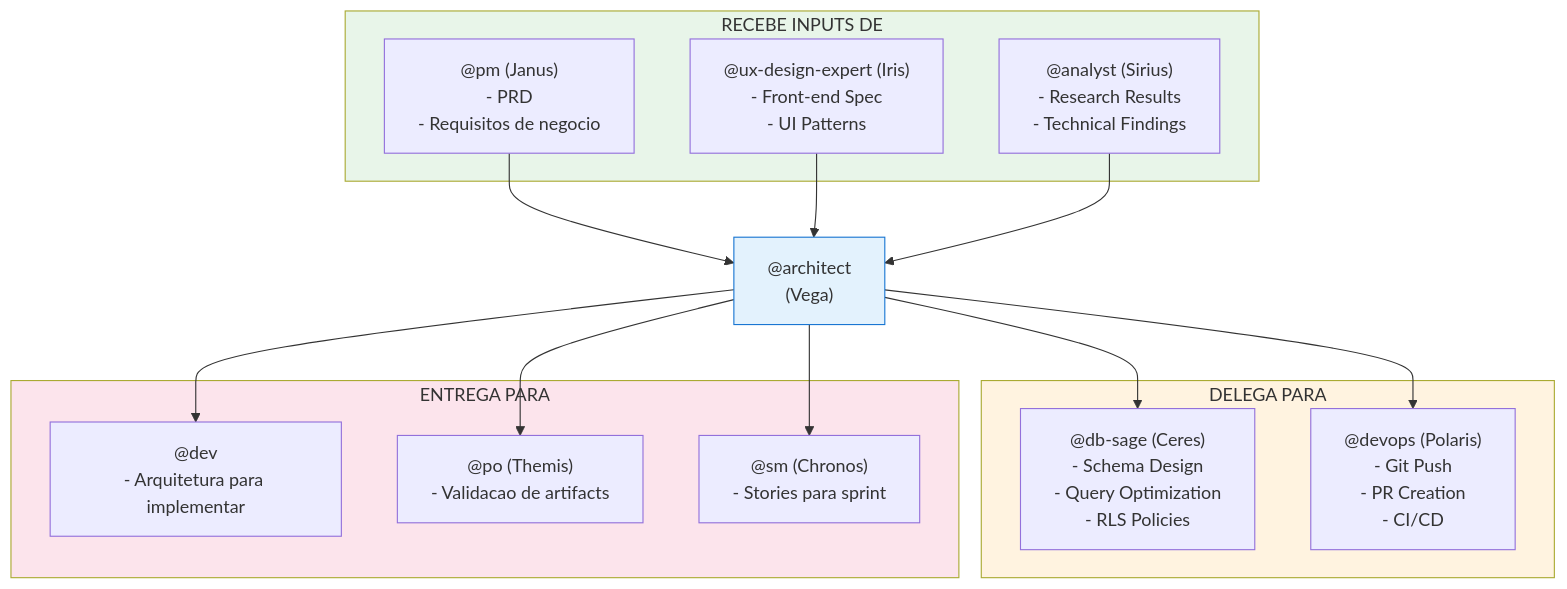
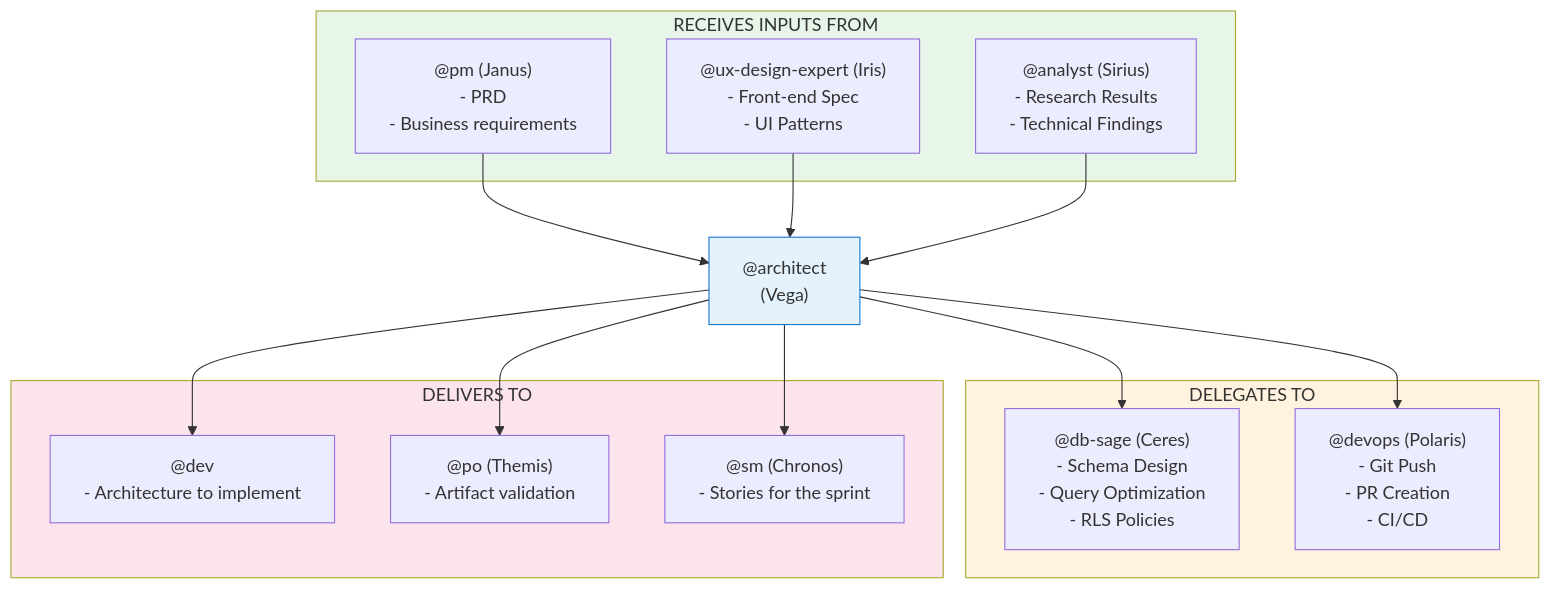
Before and after one commit to CyryxLabs/AEXOS: the sixth of 8 diagrams in docs/guides/agents/ARCHITECT-SYSTEM.md, drawn with Mermaid. The commit also changed other lines of this file and 528 other files, not shown here.

````diff
--- a/docs/guides/agents/ARCHITECT-SYSTEM.md
+++ b/docs/guides/agents/ARCHITECT-SYSTEM.md
@@ -336,37 +336,37 @@
 ```mermaid
 flowchart TB
-    subgraph RECEIVES_FROM["RECEBE INPUTS DE"]
-        PM["@pm (Janus)\n- PRD\n- Requisitos de negocio"]
+    subgraph RECEIVES_FROM["RECEIVES INPUTS FROM"]
+        PM["@pm (Janus)\n- PRD\n- Business requirements"]
         UX["@ux-design-expert (Iris)\n- Front-end Spec\n- UI Patterns"]
         ANALYST["@analyst (Sirius)\n- Research Results\n- Technical Findings"]
     end
 
     ARCHITECT["@architect\n(Vega)"]
 
-    subgraph DELEGATES_TO["DELEGA PARA"]
+    subgraph DELEGATES_TO["DELEGATES TO"]
         DB["@db-sage (Ceres)\n- Schema Design\n- Query Optimization\n- RLS Policies"]
         DEVOPS["@devops (Polaris)\n- Git Push\n- PR Creation\n- CI/CD"]
     end
 
-    subgraph DELIVERS_TO["ENTREGA PARA"]
-        DEV["@dev\n- Arquitetura para implementar"]
-        PO["@po (Themis)\n- Validacao de artifacts"]
-        SM["@sm (Chronos)\n- Stories para sprint"]
+    subgraph DELIVERS_TO["DELIVERS TO"]
+        DEV["@dev\n- Architecture to implement"]
+        PO["@po (Themis)\n- Artifact validation"]
+        SM["@sm (Chronos)\n- Stories for the sprint"]
     end
 
     PM --> ARCHITECT
     UX --> ARCHITECT
     ANALYST --> ARCHITECT
 
     ARCHITECT --> DB
     ARCHITECT --> DEVOPS
 
     ARCHITECT --> DEV
     ARCHITECT --> PO
     ARCHITECT --> SM
 
     style ARCHITECT fill:#e3f2fd,stroke:#1976d2
     style RECEIVES_FROM fill:#e8f5e9
     style DELEGATES_TO fill:#fff3e0
     style DELIVERS_TO fill:#fce4ec
 ```
````
